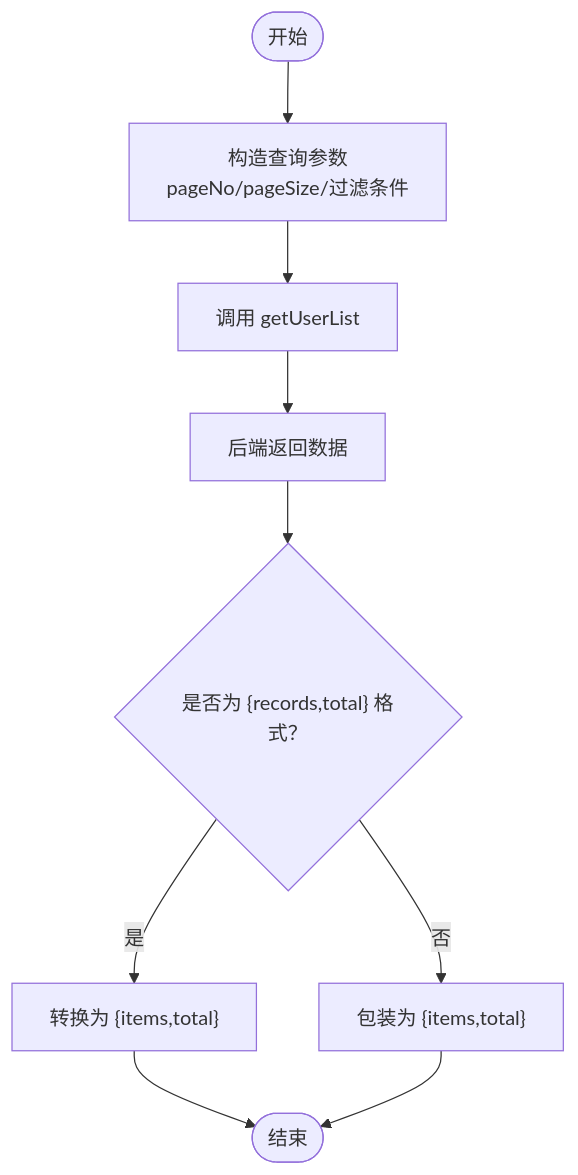
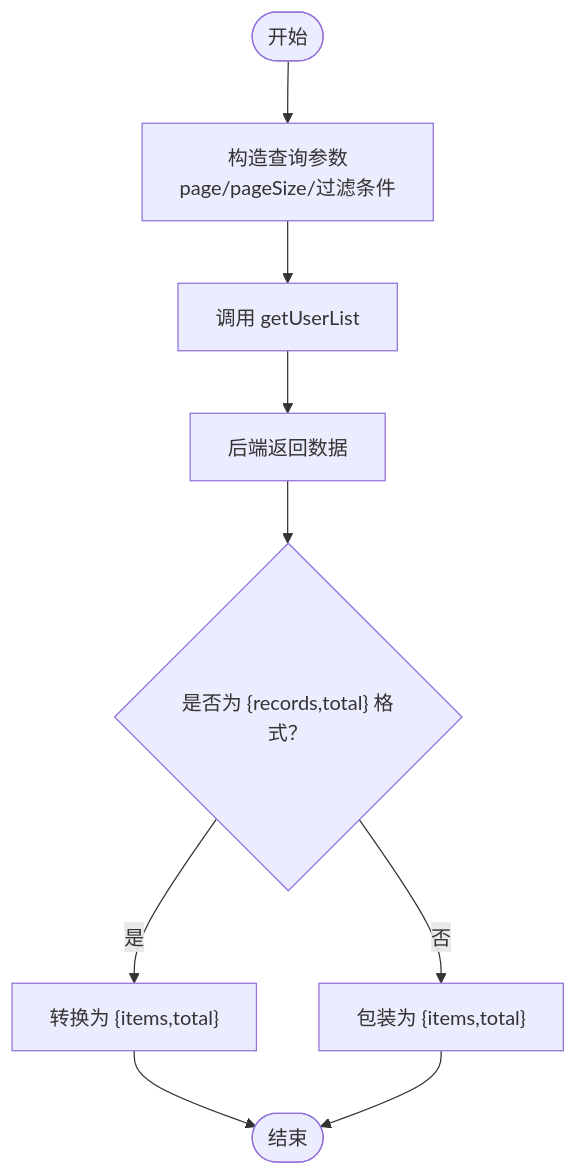
Before and after one commit to ShiRuYu/shiyu-ui: the third of 5 diagrams in .qoder/repowiki/zh/content/API 通信层/API 模块组织/系统管理 API 模块/用户管理 API.md, drawn with Mermaid. The commit also changed other lines of this file and 37 other files, not shown here.

````diff
--- a/.qoder/repowiki/zh/content/API 通信层/API 模块组织/系统管理 API 模块/用户管理 API.md
+++ b/.qoder/repowiki/zh/content/API 通信层/API 模块组织/系统管理 API 模块/用户管理 API.md
@@ -328,11 +399,11 @@
 ```mermaid
 flowchart TD
-Start(["开始"]) --> BuildQuery["构造查询参数<br/>pageNo/pageSize/过滤条件"]
+Start(["开始"]) --> BuildQuery["构造查询参数<br/>page/pageSize/过滤条件"]
 BuildQuery --> CallAPI["调用 getUserList"]
 CallAPI --> Backend["后端返回数据"]
 Backend --> Format{"是否为 {records,total} 格式？"}
 Format --> |是| Convert["转换为 {items,total}"]
 Format --> |否| Wrap["包装为 {items,total}"]
 Convert --> Done(["结束"])
 Wrap --> Done
 ```
````
